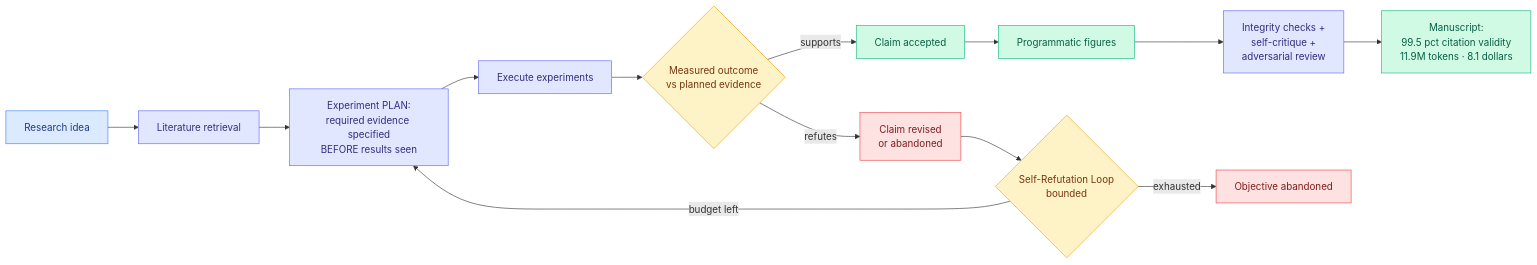
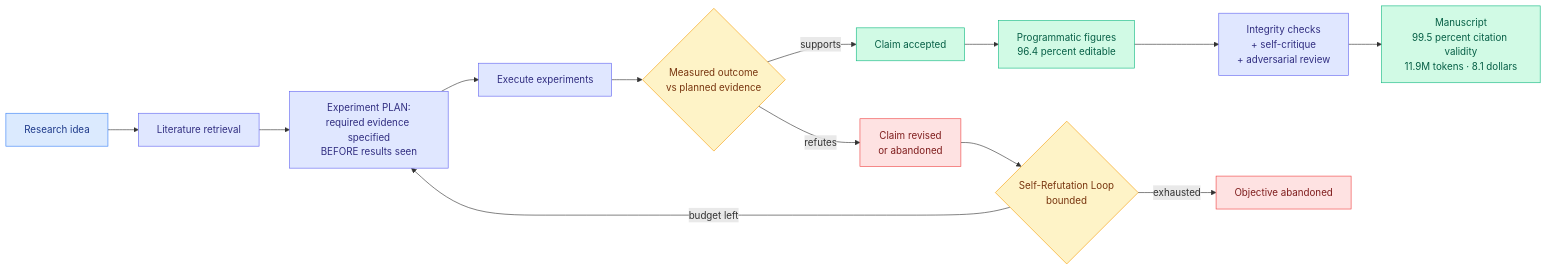
Before and after one commit to bayesiansapien/cere-bro: the fourth of 7 diagrams in wiki/daily-digest/2026-08/2026-08-13.md, drawn with Mermaid. The commit also changed other lines of this file, not shown here.

````diff
--- a/wiki/daily-digest/2026-08/2026-08-13.md
+++ b/wiki/daily-digest/2026-08/2026-08-13.md
@@ -258,25 +201,25 @@
 ```mermaid
 flowchart LR
   I[Research idea] --> L[Literature retrieval]
   L --> P[Experiment PLAN:<br/>required evidence specified<br/>BEFORE results seen]
   P --> E[Execute experiments]
   E --> M{Measured outcome<br/>vs planned evidence}
   M -->|supports| C[Claim accepted]
   M -->|refutes| RV[Claim revised<br/>or abandoned]
   RV --> SR{Self-Refutation Loop<br/>bounded}
   SR -->|budget left| P
   SR -->|exhausted| STOP[Objective abandoned]
-  C --> F[Programmatic figures]
-  F --> D[Integrity checks +<br/>self-critique +<br/>adversarial review]
-  D --> OUT[Manuscript:<br/>99.5 pct citation validity<br/>11.9M tokens · 8.1 dollars]
+  C --> F[Programmatic figures<br/>96.4 percent editable]
+  F --> D[Integrity checks<br/>+ self-critique<br/>+ adversarial review]
+  D --> OUT[Manuscript<br/>99.5 percent citation validity<br/>11.9M tokens · 8.1 dollars]
   classDef input fill:#dbeafe,stroke:#3b82f6,color:#1e3a8a
   classDef decision fill:#fef3c7,stroke:#f59e0b,color:#78350f
   classDef output fill:#d1fae5,stroke:#10b981,color:#065f46
   classDef warn fill:#fee2e2,stroke:#ef4444,color:#7f1d1d
   classDef aux fill:#e0e7ff,stroke:#6366f1,color:#312e81
   class I input
   class M,SR decision
   class C,F,OUT output
   class RV,STOP warn
   class L,P,E,D aux
 ```
````
